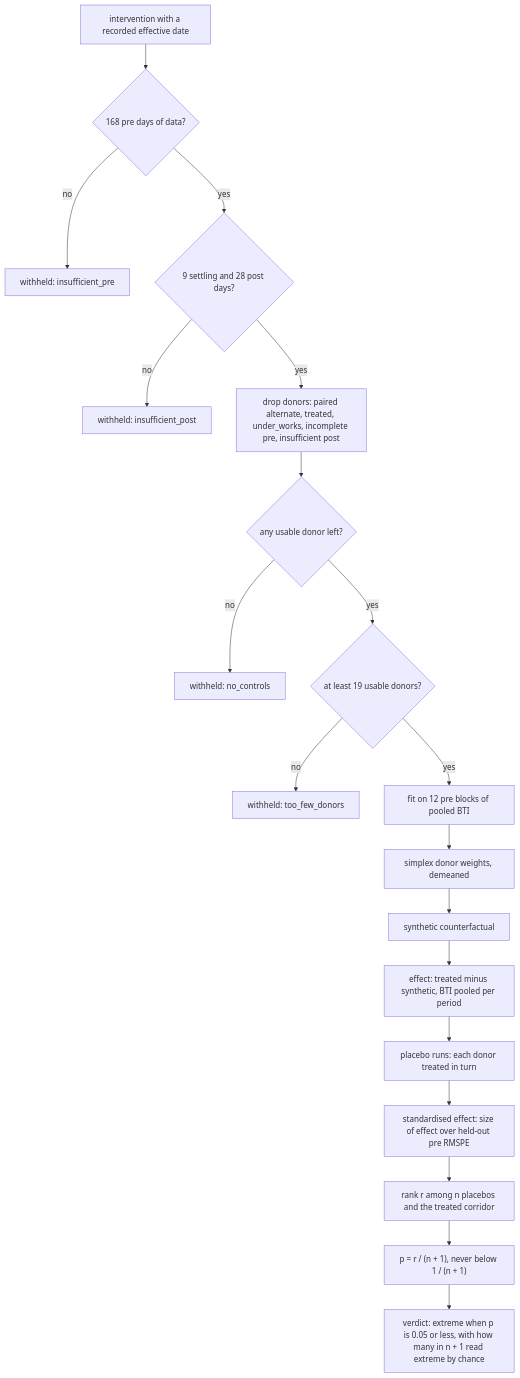
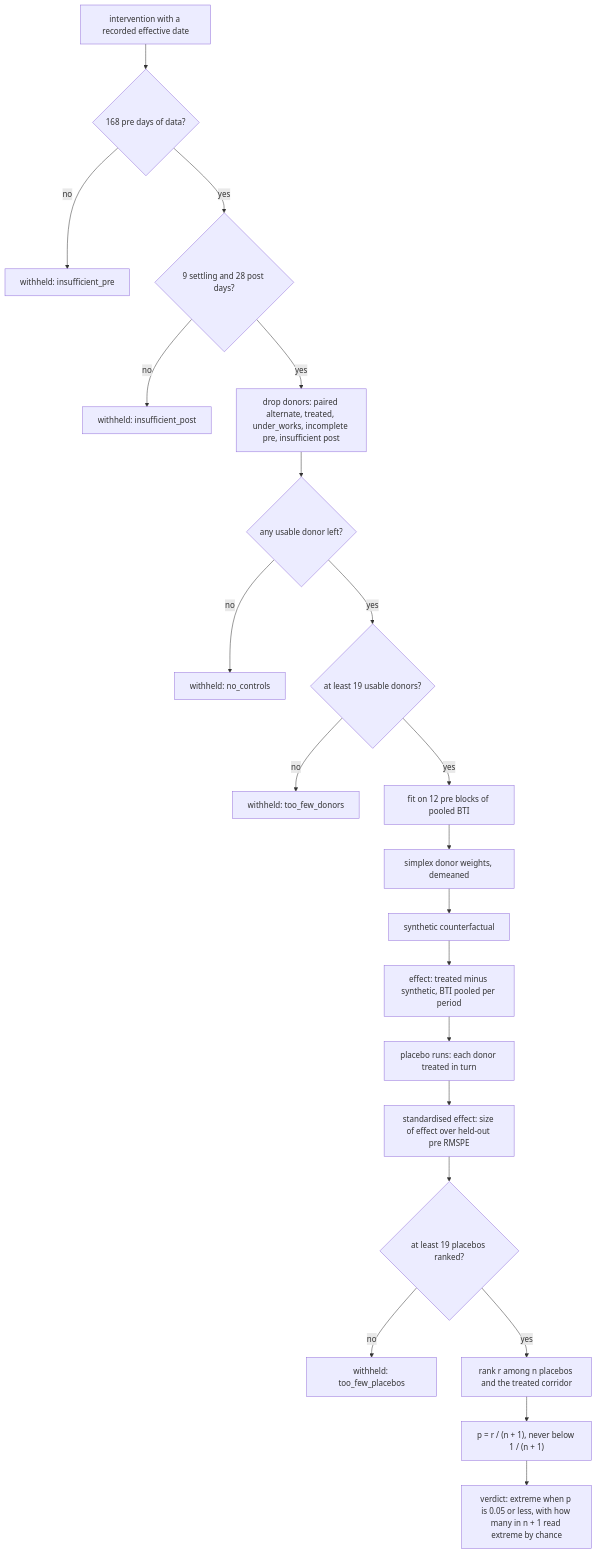
Before and after one commit to smatt92/hyderabad-corridor-ledger: the ninth of 13 diagrams in docs/architecture.md, drawn with Mermaid. The commit also changed other lines of this file and 12 other files, not shown here.

First line of the commit message:
Withhold audits with fewer than 19 ranked placebos, separately from donors

````diff
--- a/docs/architecture.md
+++ b/docs/architecture.md
@@ -562,21 +562,23 @@
 ```mermaid
 flowchart TD
     INT["intervention with a recorded effective date"] --> PRE{"168 pre days of data?"}
     PRE -->|"no"| W1["withheld: insufficient_pre"]
     PRE -->|"yes"| POST{"9 settling and 28 post days?"}
     POST -->|"no"| W2["withheld: insufficient_post"]
     POST -->|"yes"| GATE["drop donors: paired alternate, treated, under_works, incomplete pre, insufficient post"]
     GATE --> ANY{"any usable donor left?"}
     ANY -->|"no"| W3["withheld: no_controls"]
     ANY -->|"yes"| FLOOR{"at least 19 usable donors?"}
     FLOOR -->|"no"| W4["withheld: too_few_donors"]
     FLOOR -->|"yes"| FIT["fit on 12 pre blocks of pooled BTI"]
     FIT --> WTS["simplex donor weights, demeaned"]
     WTS --> SYN["synthetic counterfactual"]
     SYN --> EFF["effect: treated minus synthetic, BTI pooled per period"]
     EFF --> PLA["placebo runs: each donor treated in turn"]
     PLA --> STD["standardised effect: size of effect over held-out pre RMSPE"]
-    STD --> RANK["rank r among n placebos and the treated corridor"]
+    STD --> RANKED{"at least 19 placebos ranked?"}
+    RANKED -->|"no"| W5["withheld: too_few_placebos"]
+    RANKED -->|"yes"| RANK["rank r among n placebos and the treated corridor"]
     RANK --> P["p = r / (n + 1), never below 1 / (n + 1)"]
     P --> V["verdict: extreme when p is 0.05 or less, with how many in n + 1 read extreme by chance"]
 ```
````
